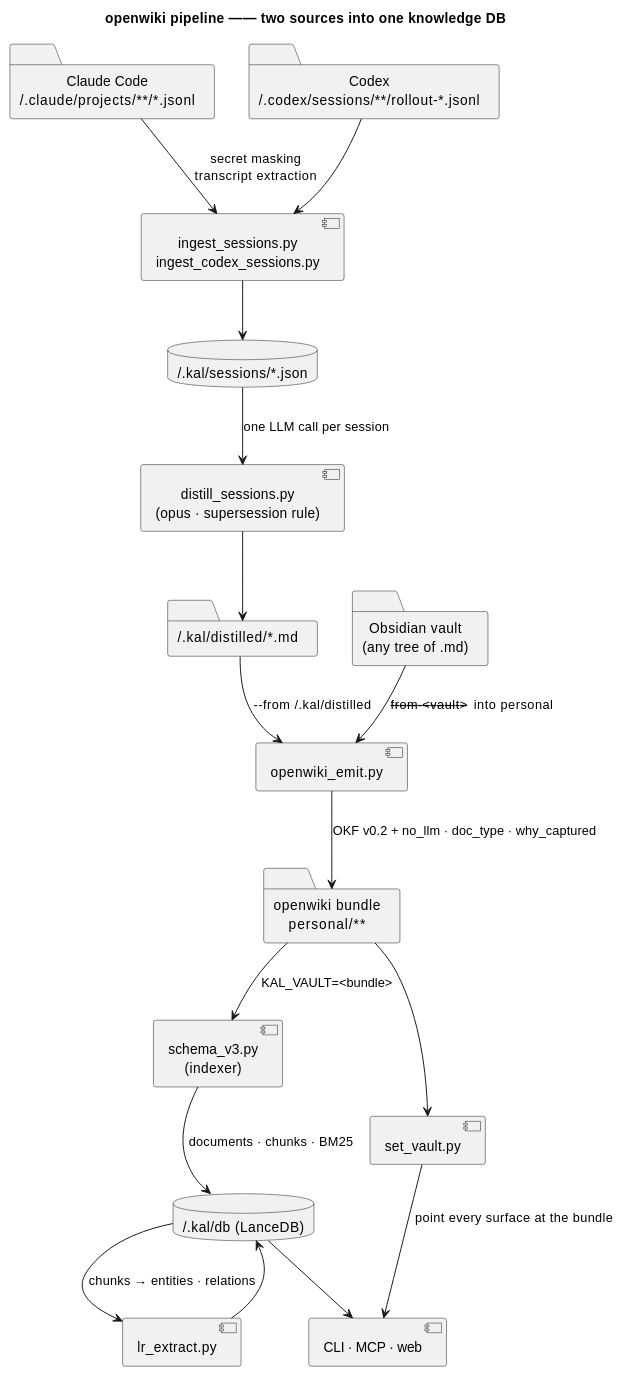
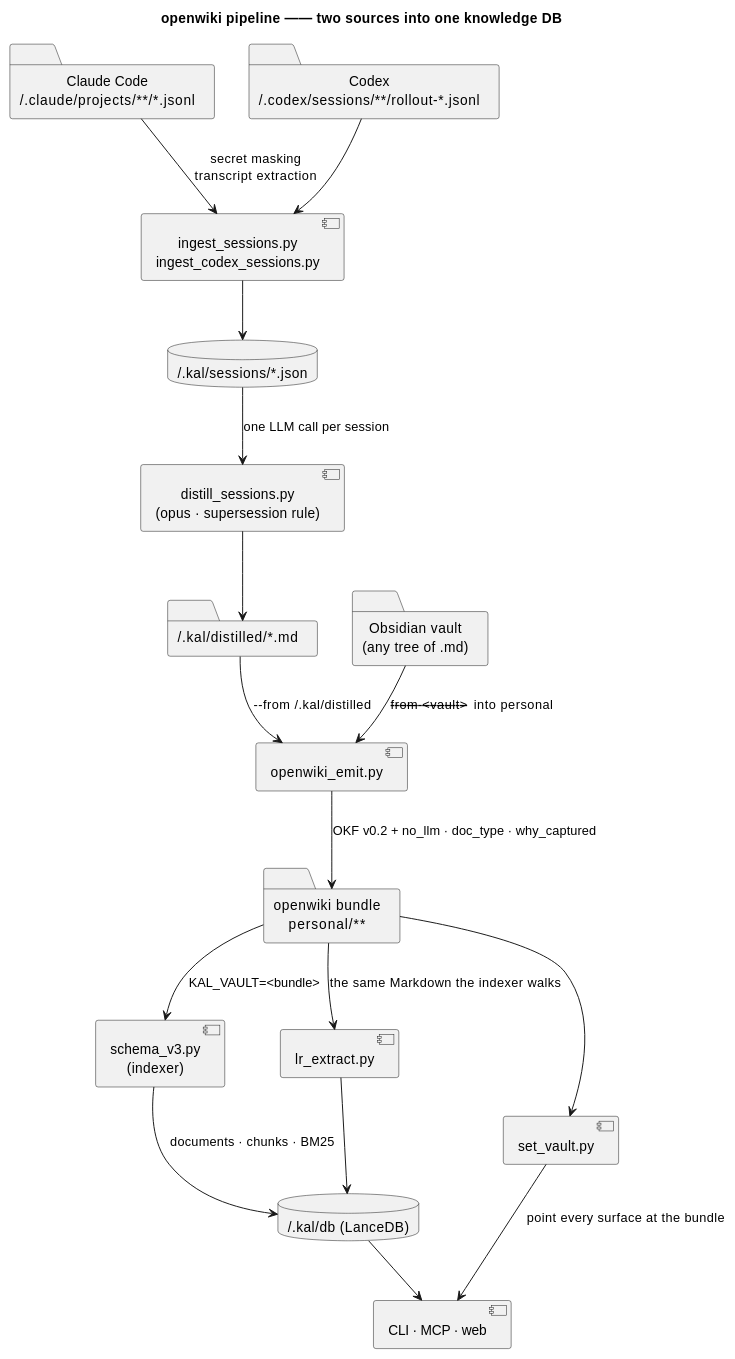
Before and after one commit to HwangTaehyun/kallimachos: the diagram in docs/OPENWIKI-PIPELINE.md, drawn with PlantUML. The commit also changed other lines of this file and 6 other files, not shown here.

````diff
--- a/docs/OPENWIKI-PIPELINE.md
+++ b/docs/OPENWIKI-PIPELINE.md
@@ -23,38 +23,38 @@
 ```plantuml
 @startuml
 title openwiki pipeline —— two sources into one knowledge DB
 skinparam defaultTextAlignment center
 
 folder "Claude Code\n~/.claude/projects/**/*.jsonl" as CL
 folder "Codex\n~/.codex/sessions/**/rollout-*.jsonl" as CX
 folder "Obsidian vault\n(any tree of .md)" as VA
 
 component "ingest_sessions.py\ningest_codex_sessions.py" as ING
 database "~/.kal/sessions/*.json" as SESS
 component "distill_sessions.py\n(opus · supersession rule)" as DIS
 folder "~/.kal/distilled/*.md" as DIST
 component "openwiki_emit.py" as EMIT
 folder "openwiki bundle\npersonal/**" as BUN
 component "schema_v3.py\n(indexer)" as IDX
 database "~/.kal/db  (LanceDB)" as DB
 component "lr_extract.py" as KG
 component "set_vault.py" as ADOPT
 component "CLI · MCP · web" as SURF
 
 CL --> ING : secret masking\ntranscript extraction
 CX --> ING
 ING --> SESS
 SESS --> DIS : one LLM call per session
 DIS --> DIST
 DIST --> EMIT : --from ~/.kal/distilled
 VA  --> EMIT : --from <vault>  --into personal
 EMIT --> BUN : OKF v0.2 + no_llm · doc_type · why_captured
 BUN --> IDX : KAL_VAULT=<bundle>
 IDX --> DB : documents · chunks · BM25
-DB --> KG : chunks → entities · relations
+BUN --> KG : the same Markdown the indexer walks
 KG --> DB
 DB --> SURF
 BUN --> ADOPT
 ADOPT --> SURF : point every surface at the bundle
 @enduml
 ```
````
